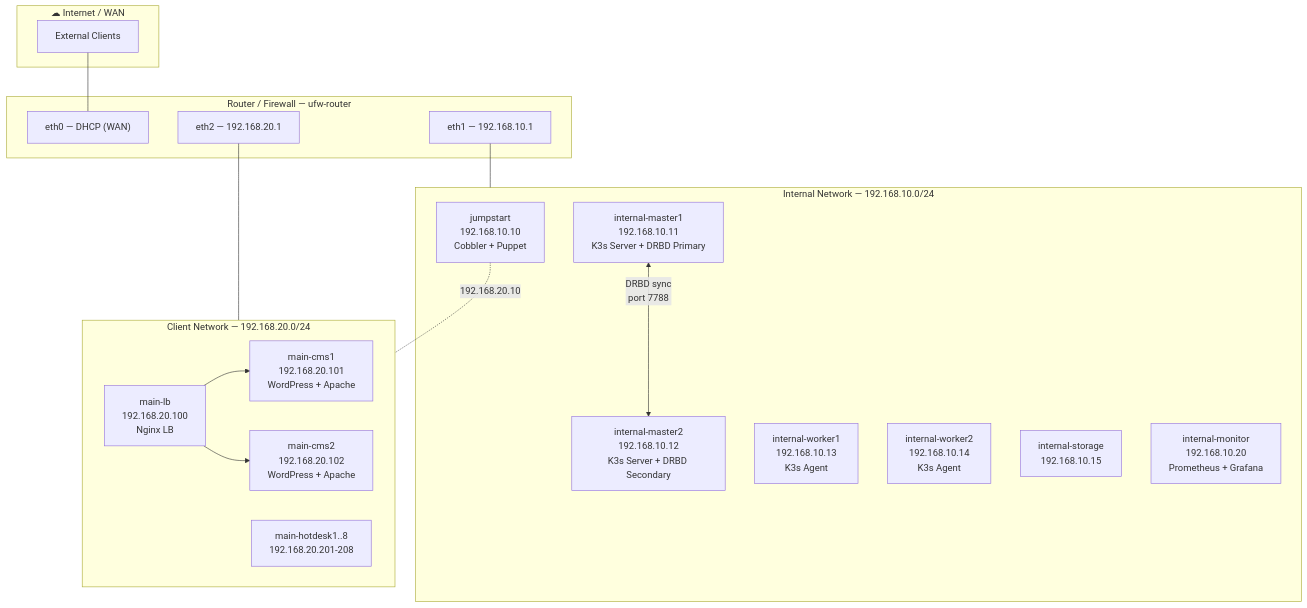
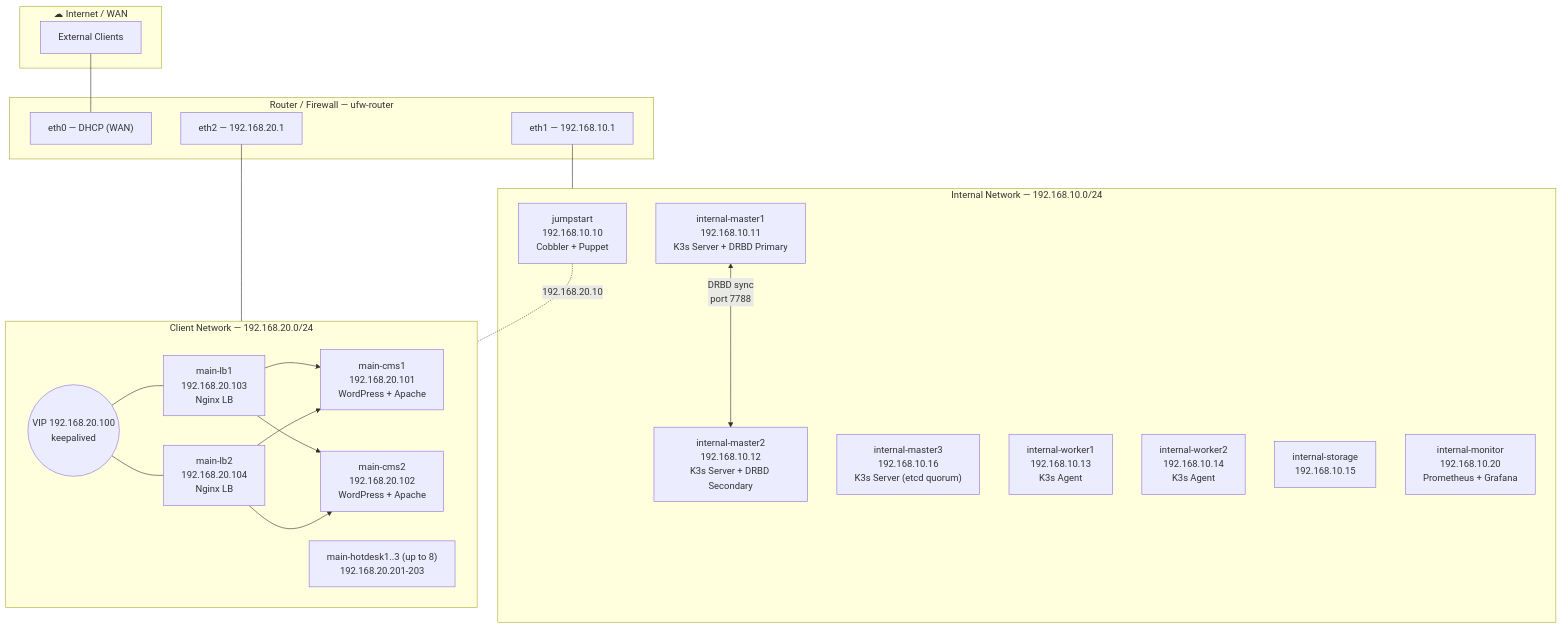
Before and after one commit to Aitor42/CMS-HA-Infrastructure: the diagram in README.md, drawn with Mermaid. The commit also changed other lines of this file and 4 other files, not shown here.

````diff
--- a/README.md
+++ b/README.md
@@ -61,38 +70,45 @@
 ```mermaid
 graph TB
     subgraph WAN["☁ Internet / WAN"]
         INET["External Clients"]
     end
 
     subgraph ROUTER["Router / Firewall — ufw-router"]
         R_ETH0["eth0 — DHCP (WAN)"]
         R_ETH1["eth1 — 192.168.10.1"]
         R_ETH2["eth2 — 192.168.20.1"]
     end
 
     subgraph INTERNAL["Internal Network — 192.168.10.0/24"]
         JS["jumpstart<br/>192.168.10.10<br/>Cobbler + Puppet"]
         M1["internal-master1<br/>192.168.10.11<br/>K3s Server + DRBD Primary"]
         M2["internal-master2<br/>192.168.10.12<br/>K3s Server + DRBD Secondary"]
+        M3["internal-master3<br/>192.168.10.16<br/>K3s Server (etcd quorum)"]
         W1["internal-worker1<br/>192.168.10.13<br/>K3s Agent"]
         W2["internal-worker2<br/>192.168.10.14<br/>K3s Agent"]
         ST["internal-storage<br/>192.168.10.15"]
         MON["internal-monitor<br/>192.168.10.20<br/>Prometheus + Grafana"]
     end
 
     subgraph MAIN["Client Network — 192.168.20.0/24"]
-        LB["main-lb<br/>192.168.20.100<br/>Nginx LB"]
+        VIP(("VIP 192.168.20.100<br/>keepalived"))
+        LB1["main-lb1<br/>192.168.20.103<br/>Nginx LB"]
+        LB2["main-lb2<br/>192.168.20.104<br/>Nginx LB"]
         CMS1["main-cms1<br/>192.168.20.101<br/>WordPress + Apache"]
         CMS2["main-cms2<br/>192.168.20.102<br/>WordPress + Apache"]
-        HD["main-hotdesk1..8<br/>192.168.20.201-208"]
+        HD["main-hotdesk1..3 (up to 8)<br/>192.168.20.201-203"]
     end
 
     INET --- R_ETH0
     R_ETH1 --- INTERNAL
     R_ETH2 --- MAIN
     JS -.- |"192.168.20.10"| MAIN
 
     M1 <--> |"DRBD sync<br/>port 7788"| M2
-    LB --> CMS1
-    LB --> CMS2
+    VIP --- LB1
+    VIP --- LB2
+    LB1 --> CMS1
+    LB1 --> CMS2
+    LB2 --> CMS1
+    LB2 --> CMS2
 ```
````
